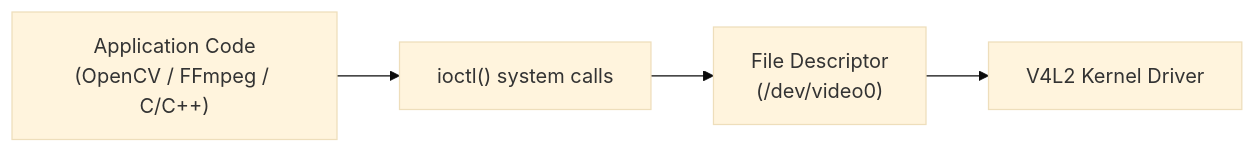
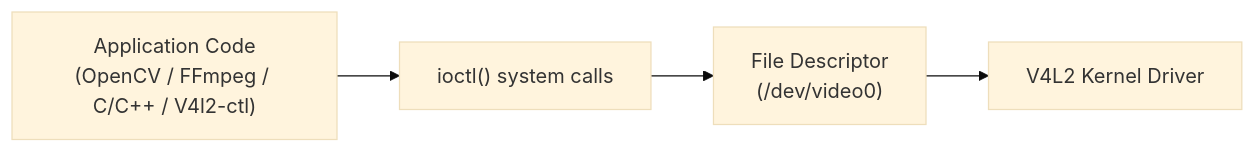
The second of 2 diagrams in docs/programming/media-streaming/v4l.md (alohamujeeb/alohamujeeb.github.io), drawn with Mermaid (base theme) before and after one commit. The commit also changed 1 other file, not shown here.

Commit message:
minor typos fixed

````diff
--- a/docs/programming/media-streaming/v4l.md
+++ b/docs/programming/media-streaming/v4l.md
@@ -176,13 +176,13 @@
 ``` mermaid
 flowchart LR
 
-APP["Application Code\n(OpenCV / FFmpeg / C/C++)"]
+APP["Application Code\n(OpenCV / FFmpeg / C/C++ / V4l2-ctl)"]
 
 IOCTL["ioctl() system calls"]
 
 FD["File Descriptor\n(/dev/video0)"]
 
 V4L2["V4L2 Kernel Driver"]
 
 APP --> IOCTL --> FD --> V4L2
 ```
````
